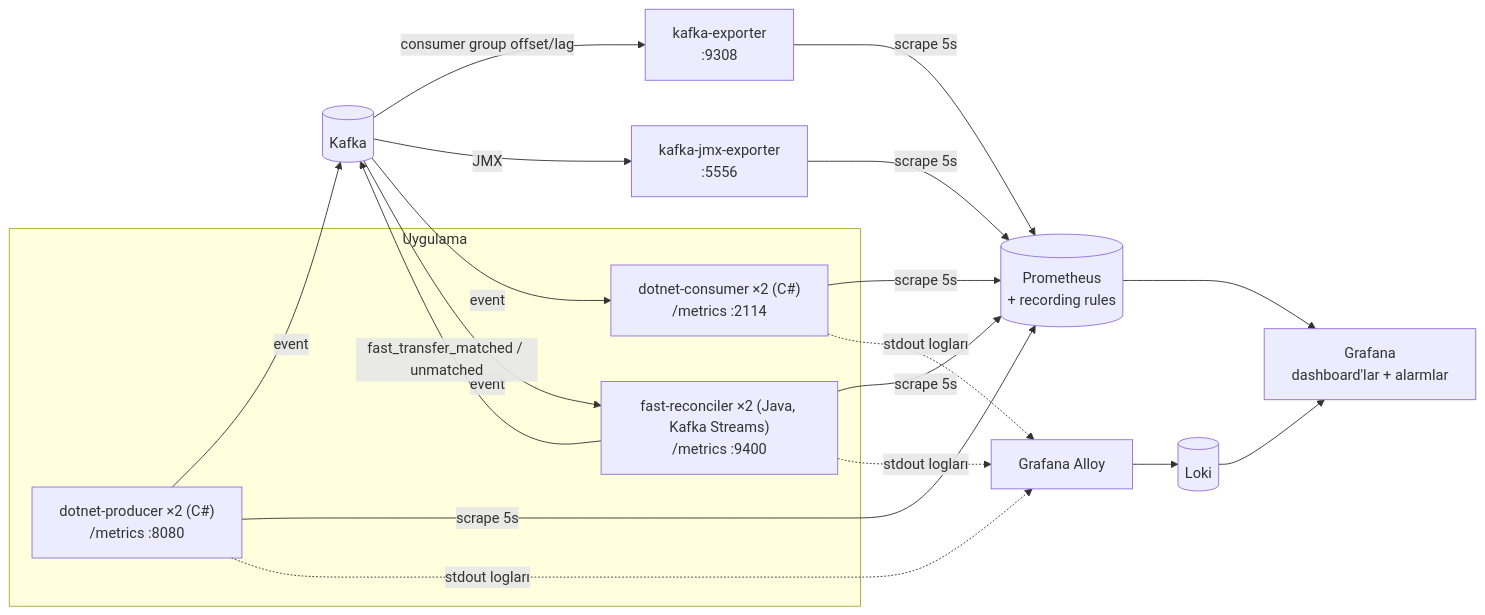
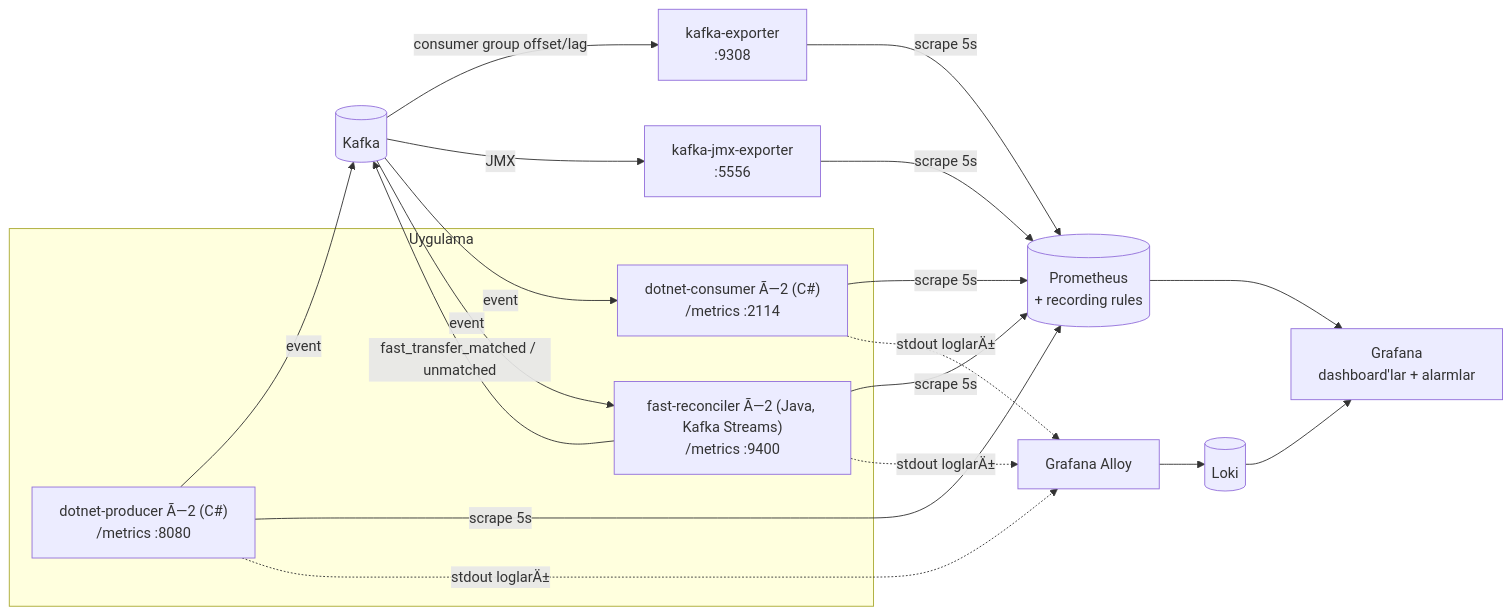
The diagram in dashboard.md (olgunyldz/queue-grafana-labs), drawn with Mermaid before and after one commit. The commit also changed other lines of this file and 51 other files, not shown here.

````diff
--- a/dashboard.md
+++ b/dashboard.md
@@ -24,24 +24,24 @@
 ```mermaid
 flowchart LR
     subgraph App["Uygulama"]
-        P["dotnet-producer ×2 (C#)<br/>/metrics :8080"]
-        C["dotnet-consumer ×2 (C#)<br/>/metrics :2114"]
-        R["fast-reconciler ×2 (Java, Kafka Streams)<br/>/metrics :9400"]
+        P["dotnet-producer Ã—2 (C#)<br/>/metrics :8080"]
+        C["dotnet-consumer Ã—2 (C#)<br/>/metrics :2114"]
+        R["fast-reconciler Ã—2 (Java, Kafka Streams)<br/>/metrics :9400"]
     end
     K[(Kafka)]
     KE["kafka-exporter<br/>:9308"]
     JMX["kafka-jmx-exporter<br/>:5556"]
     PR[("Prometheus<br/>+ recording rules")]
     AL["Grafana Alloy"]
     LO[("Loki")]
     G["Grafana<br/>dashboard'lar + alarmlar"]
 
     P -- event --> K -- event --> C
     K -- "event" --> R -- "fast_transfer_matched / unmatched" --> K
     K -- "consumer group offset/lag" --> KE
     K -- JMX --> JMX
     P & C & R & KE & JMX -- scrape 5s --> PR
-    P & C & R -. "stdout logları" .-> AL --> LO
+    P & C & R -. "stdout loglarÄ±" .-> AL --> LO
     PR --> G
     LO --> G
 ```
````
